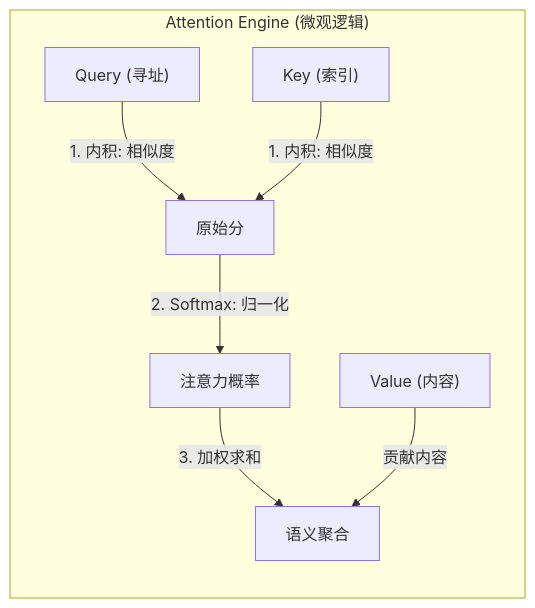
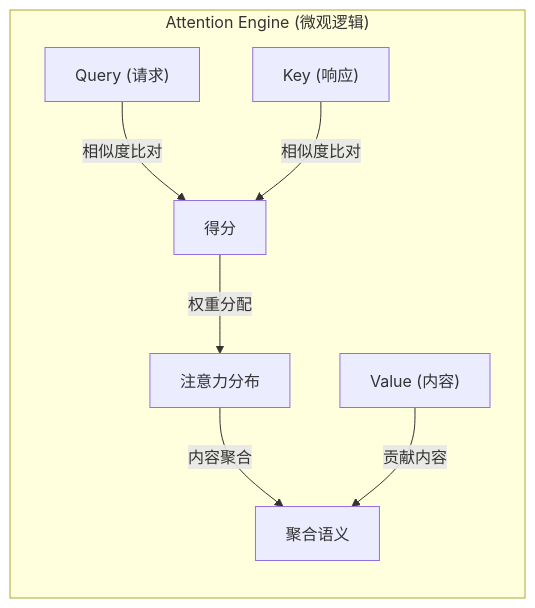
One commit to wangchong2023/ai-learning changed the ninth of 41 diagrams in doc/AI_Knowledge_Roadmap.md. Above: the diagram before and after it, drawn with Mermaid. The commit also changed other lines of this file, not shown here.

Commit message:
docs: update learning resources and structure in AI Knowledge Roadmap

````diff
--- a/doc/AI_Knowledge_Roadmap.md
+++ b/doc/AI_Knowledge_Roadmap.md
@@ -408,10 +344,10 @@
 ```mermaid
 graph LR
     subgraph Engine ["Attention Engine (微观逻辑)"]
-        Q["Query (寻址)"] -- "1. 内积: 相似度" --> RawScore["原始分"]
-        K["Key (索引)"] -- "1. 内积: 相似度" --> RawScore
-        RawScore -- "2. Softmax: 归一化" --> Prob["注意力概率"]
-        Prob -- "3. 加权求和" --> Result["语义聚合"]
+        Q["Query (请求)"] -- "相似度比对" --> Score["得分"]
+        K["Key (响应)"] -- "相似度比对" --> Score
+        Score -- "权重分配" --> Prob["注意力分布"]
+        Prob -- "内容聚合" --> Result["聚合语义"]
         V["Value (内容)"] -- "贡献内容" --> Result
     end
 ```
````
